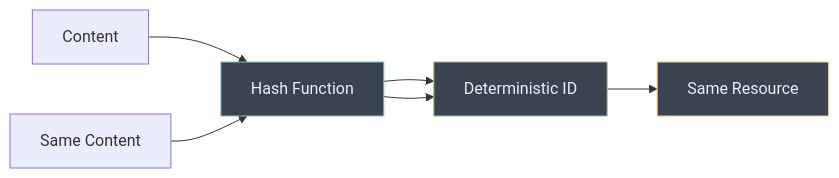
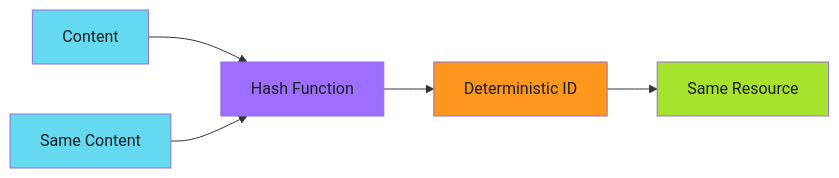
Before and after one commit to adaptive-enforcement-lab/adaptive-enforcement-lab-com: the diagram in docs/operator-manual/engineering-patterns/idempotency/patterns/unique-identifiers.md, drawn with Mermaid. The commit also changed 5 other files, not shown here.

First line of the commit message:
Apply Ghostty Hardcore theme to all mermaid charts

````diff
--- a/docs/operator-manual/engineering-patterns/idempotency/patterns/unique-identifiers.md
+++ b/docs/operator-manual/engineering-patterns/idempotency/patterns/unique-identifiers.md
@@ -24,13 +24,14 @@
 ```mermaid
 flowchart LR
     A[Content] --> B[Hash Function]
     B --> C[Deterministic ID]
     C --> D[Same Resource]
 
     A2[Same Content] --> B
-    B --> C
 
-    style B fill:#3b4252,stroke:#88c0d0,color:#eceff4
-    style C fill:#3b4252,stroke:#a3be8c,color:#eceff4
-    style D fill:#3b4252,stroke:#ebcb8b,color:#eceff4
+    style A fill:#65d9ef,color:#1b1d1e
+    style A2 fill:#65d9ef,color:#1b1d1e
+    style B fill:#9e6ffe,color:#1b1d1e
+    style C fill:#fd971e,color:#1b1d1e
+    style D fill:#a7e22e,color:#1b1d1e
 ```
````
